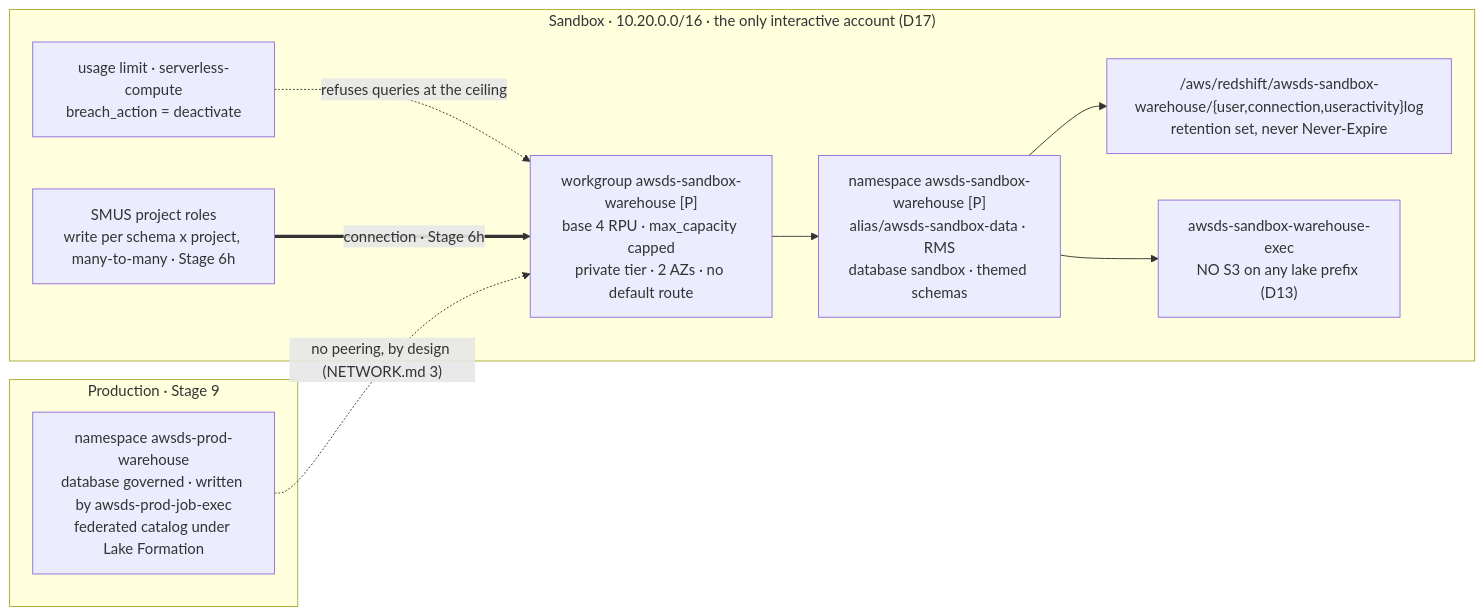
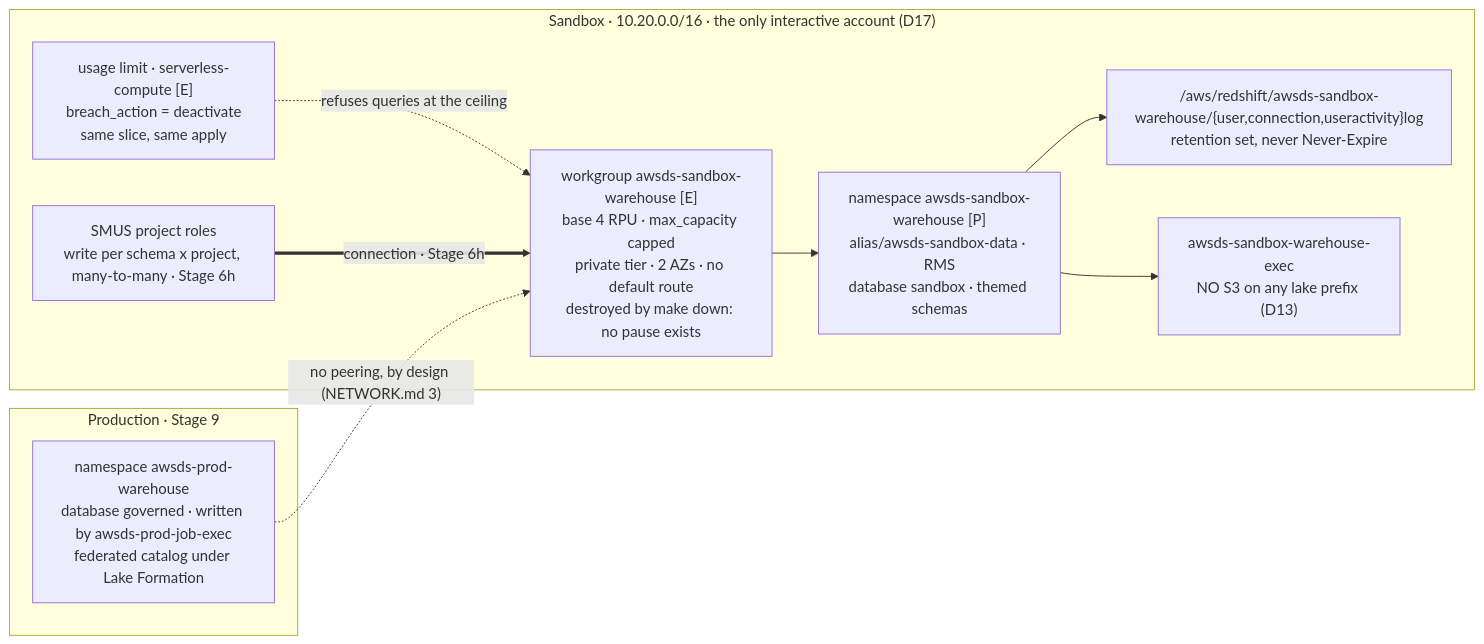
One commit to felipenoris/AWS-DataScience changed the diagram in docs/plan/stages/stage-05b-redshift-serverless.md. Above: the diagram before and after it, drawn with Mermaid. The commit also changed other lines of this file and 7 other files, not shown here.

````diff
--- a/docs/plan/stages/stage-05b-redshift-serverless.md
+++ b/docs/plan/stages/stage-05b-redshift-serverless.md
@@ -57,20 +96,20 @@
 ```mermaid
 flowchart LR
     subgraph SBX["Sandbox · 10.20.0.0/16 · the only interactive account (D17)"]
-        WG["workgroup awsds-sandbox-warehouse [P]<br/>base 4 RPU · max_capacity capped<br/>private tier · 2 AZs · no default route"]
+        WG["workgroup awsds-sandbox-warehouse [E]<br/>base 4 RPU · max_capacity capped<br/>private tier · 2 AZs · no default route<br/>destroyed by make down: no pause exists"]
         NS["namespace awsds-sandbox-warehouse [P]<br/>alias/awsds-sandbox-data · RMS<br/>database sandbox · themed schemas"]
-        UL["usage limit · serverless-compute<br/>breach_action = deactivate"]
+        UL["usage limit · serverless-compute [E]<br/>breach_action = deactivate<br/>same slice, same apply"]
         LG["/aws/redshift/awsds-sandbox-warehouse/{user,connection,useractivity}log<br/>retention set, never Never-Expire"]
         ROLE["awsds-sandbox-warehouse-exec<br/>NO S3 on any lake prefix (D13)"]
         PRJ["SMUS project roles<br/>write per schema x project, many-to-many · Stage 6h"]
     end
     subgraph PRD["Production · Stage 9"]
         GOV["namespace awsds-prod-warehouse<br/>database governed · written by awsds-prod-job-exec<br/>federated catalog under Lake Formation"]
     end
     WG --> NS
     UL -.->|"refuses queries at the ceiling"| WG
     NS --> LG
     NS --> ROLE
     PRJ ==>|"connection · Stage 6h"| WG
     GOV -.->|"no peering, by design (NETWORK.md 3)"| WG
 ```
````
